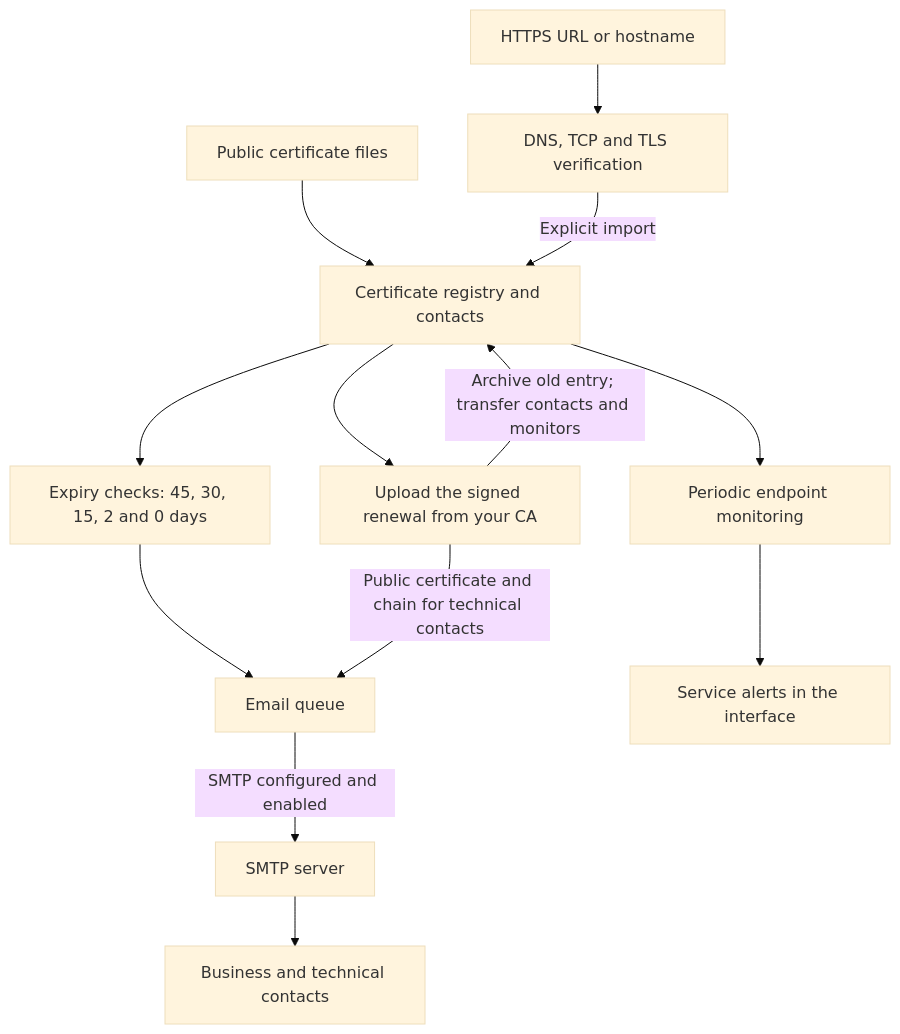
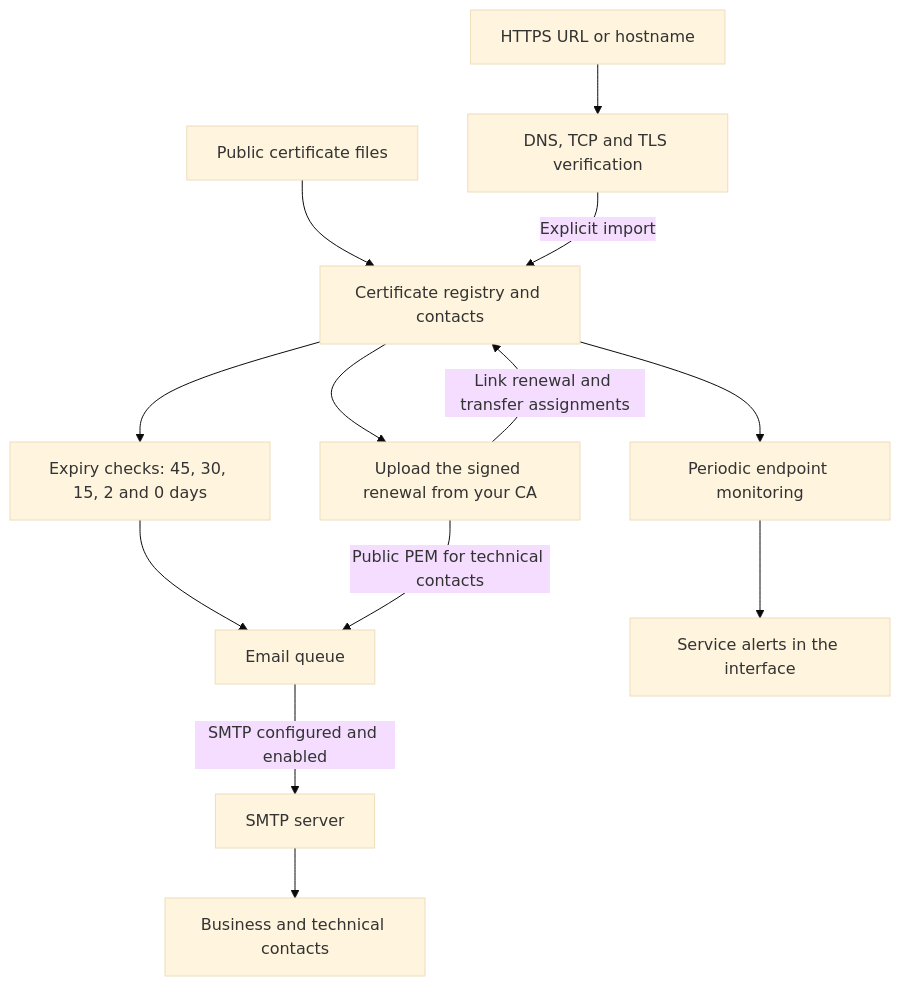
The diagram in README.md (GiorgioOppo/Certificate-Manager), drawn with Mermaid (base theme) before and after one commit. The commit also changed 2 other files, not shown here.

Commit message:
Improve workflow diagram readability on GitHub

````diff
--- a/README.md
+++ b/README.md
@@ -25,15 +25,15 @@
 ```mermaid
 flowchart TD
     Files["Public certificate files"] --> Registry["Certificate registry and contacts"]
     Endpoint["HTTPS URL or hostname"] --> Check["DNS, TCP and TLS verification"]
     Check -->|Explicit import| Registry
     Registry --> Expiry["Expiry checks: 45, 30, 15, 2 and 0 days"]
     Expiry --> Queue["Email queue"]
     Registry --> Monitor["Periodic endpoint monitoring"]
     Monitor --> Alerts["Service alerts in the interface"]
     Registry --> Renewal["Upload the signed renewal from your CA"]
-    Renewal -->|Archive old entry; transfer contacts and monitors| Registry
-    Renewal -->|Public certificate and chain for technical contacts| Queue
+    Renewal -->|Link renewal and transfer assignments| Registry
+    Renewal -->|Public PEM for technical contacts| Queue
     Queue -->|SMTP configured and enabled| SMTP["SMTP server"]
     SMTP --> People["Business and technical contacts"]
 ```
````
